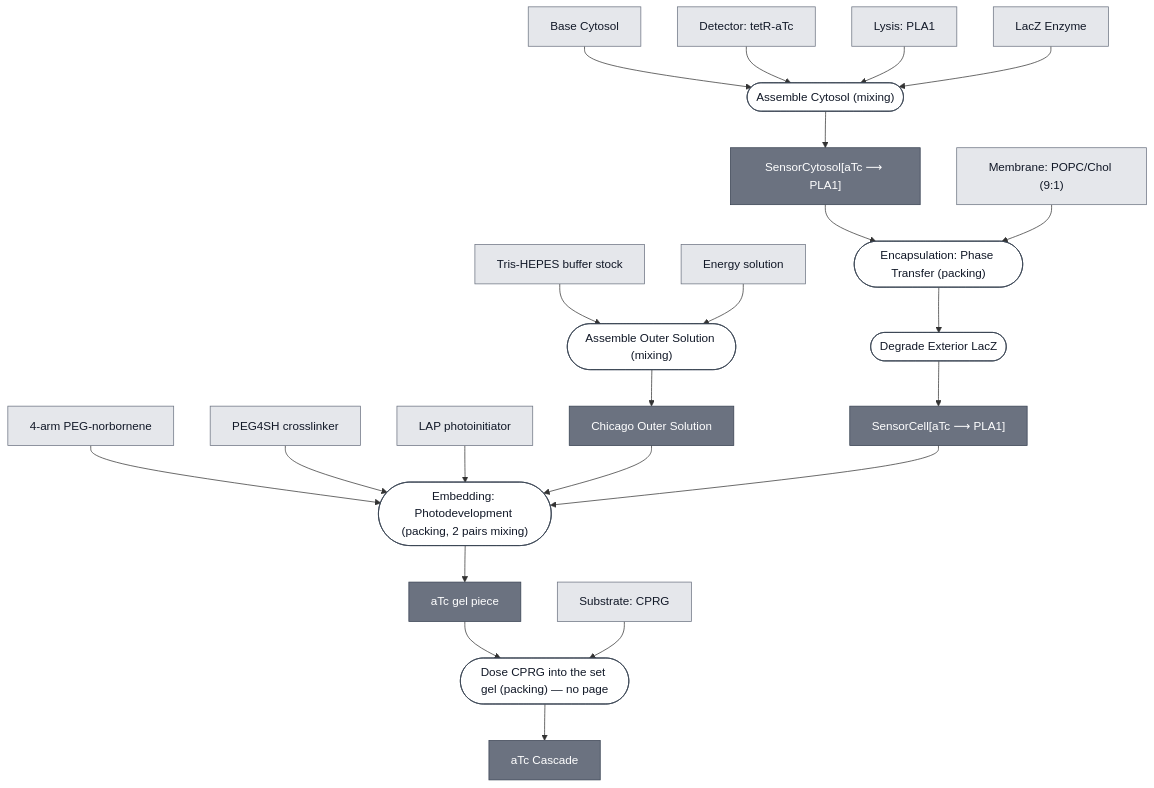
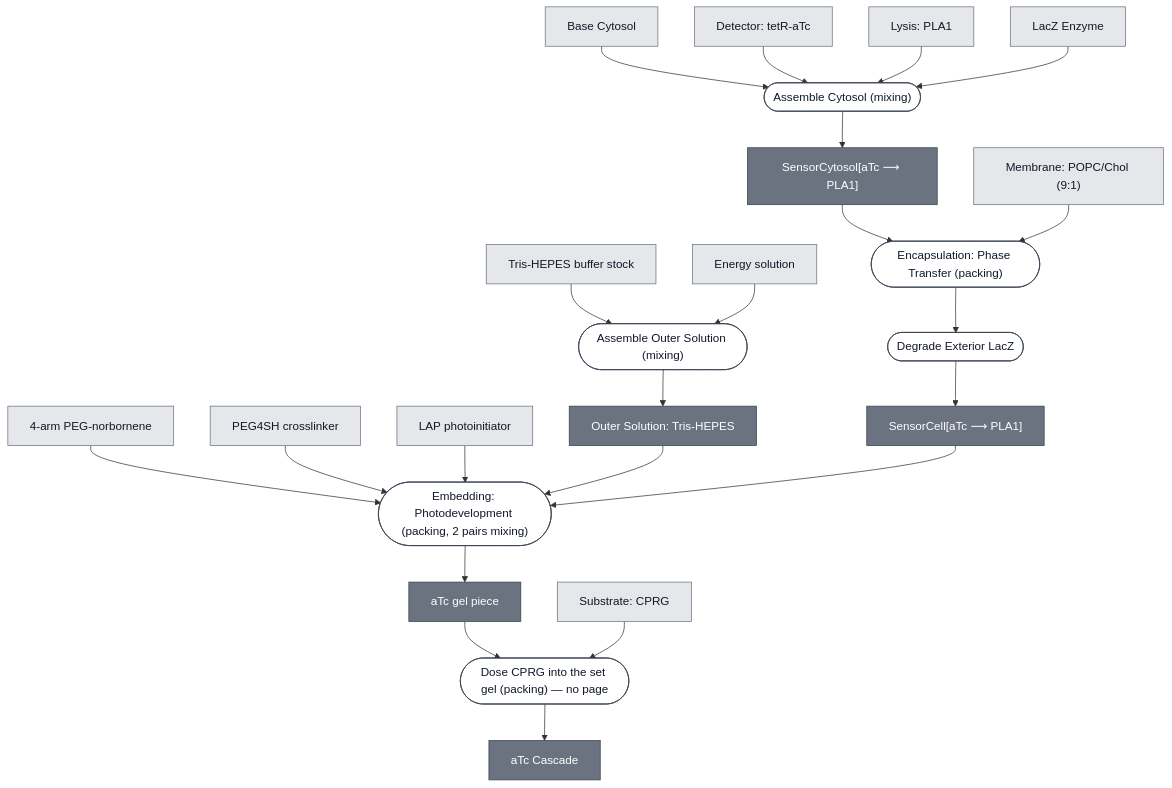
One commit to nucleus-eng/nucleus-docs changed the diagram in docs/modules/atc-cascade/spec.md. Above: the diagram before and after it, drawn with Mermaid. The commit also changed other lines of this file and 78 other files, not shown here.

````diff
--- a/docs/modules/atc-cascade/spec.md
+++ b/docs/modules/atc-cascade/spec.md
@@ -34,77 +34,77 @@
 ```mermaid
 flowchart TD
     BASE_CYTOSOL["Base Cytosol"]
     DETECTOR_TETR_ATC["Detector: tetR-aTc"]
     EFFECTOR_PLA1["Lysis: PLA1"]
     REPORTER_LACZ_ENZYME["LacZ Enzyme"]
     MEMBRANE_CHICAGO["Membrane: POPC/Chol (9:1)"]
     SUBSTRATE_CPRG["Substrate: CPRG"]
     TRIS_HEPES_STOCK["Tris-HEPES buffer stock"]
     ENERGY_SOLUTION["Energy solution"]
     PEG_NORBORNENE_MONOMER["4-arm PEG-norbornene"]
     PEG4SH["PEG4SH crosslinker"]
     LAP["LAP photoinitiator"]
 
     P1_ASSEMBLE_OUTER_SOLUTION_0(["Assemble Outer Solution (mixing)"])
-    OUTER_SOLUTION_CHICAGO["Chicago Outer Solution"]
+    OUTER_SOLUTION_TRIS_HEPES["Outer Solution: Tris-HEPES"]
     P2_ASSEMBLE_CYTOSOL_0(["Assemble Cytosol (mixing)"])
     ATC_SENSOR_CYTOSOL["SensorCytosol[aTc ⟶ PLA1]"]
     P3_ENCAPSULATE_0(["Encapsulation: Phase Transfer (packing)"])
     P3_ENCAPSULATE_1(["Degrade Exterior LacZ"])
     ATC_SENSING_CELL["SensorCell[aTc ⟶ PLA1]"]
     P4_EMBED_PHOTODEVELOPMENT_0(["Embedding: Photodevelopment (packing, 2 pairs mixing)"])
     ATC_GEL["aTc gel piece"]
     P5_DOSE_CPRG_0(["Dose CPRG into the set gel (packing) — no page"])
     ATC_CASCADE["aTc Cascade"]
 
     TRIS_HEPES_STOCK --> P1_ASSEMBLE_OUTER_SOLUTION_0
     ENERGY_SOLUTION --> P1_ASSEMBLE_OUTER_SOLUTION_0
-    P1_ASSEMBLE_OUTER_SOLUTION_0 --> OUTER_SOLUTION_CHICAGO
+    P1_ASSEMBLE_OUTER_SOLUTION_0 --> OUTER_SOLUTION_TRIS_HEPES
 
     BASE_CYTOSOL --> P2_ASSEMBLE_CYTOSOL_0
     DETECTOR_TETR_ATC --> P2_ASSEMBLE_CYTOSOL_0
     EFFECTOR_PLA1 --> P2_ASSEMBLE_CYTOSOL_0
     REPORTER_LACZ_ENZYME --> P2_ASSEMBLE_CYTOSOL_0
     P2_ASSEMBLE_CYTOSOL_0 --> ATC_SENSOR_CYTOSOL
 
     ATC_SENSOR_CYTOSOL --> P3_ENCAPSULATE_0
     MEMBRANE_CHICAGO --> P3_ENCAPSULATE_0
     P3_ENCAPSULATE_0 --> P3_ENCAPSULATE_1
     P3_ENCAPSULATE_1 --> ATC_SENSING_CELL
 
     PEG_NORBORNENE_MONOMER --> P4_EMBED_PHOTODEVELOPMENT_0
     PEG4SH --> P4_EMBED_PHOTODEVELOPMENT_0
     LAP --> P4_EMBED_PHOTODEVELOPMENT_0
-    OUTER_SOLUTION_CHICAGO --> P4_EMBED_PHOTODEVELOPMENT_0
+    OUTER_SOLUTION_TRIS_HEPES --> P4_EMBED_PHOTODEVELOPMENT_0
     ATC_SENSING_CELL --> P4_EMBED_PHOTODEVELOPMENT_0
     P4_EMBED_PHOTODEVELOPMENT_0 --> ATC_GEL
 
     ATC_GEL --> P5_DOSE_CPRG_0
     SUBSTRATE_CPRG --> P5_DOSE_CPRG_0
     P5_DOSE_CPRG_0 --> ATC_CASCADE
 
 
     classDef leaf     fill:#e5e7eb,stroke:#6b7280,color:#111827;
     classDef composed fill:#6b7280,stroke:#374151,color:#ffffff;
     classDef process  fill:#ffffff,stroke:#374151,color:#111827;
     class BASE_CYTOSOL,DETECTOR_TETR_ATC,EFFECTOR_PLA1,REPORTER_LACZ_ENZYME,MEMBRANE_CHICAGO,SUBSTRATE_CPRG,TRIS_HEPES_STOCK,ENERGY_SOLUTION,PEG_NORBORNENE_MONOMER,PEG4SH,LAP leaf;
-    class OUTER_SOLUTION_CHICAGO,ATC_SENSOR_CYTOSOL,ATC_SENSING_CELL,ATC_GEL,ATC_CASCADE composed;
+    class OUTER_SOLUTION_TRIS_HEPES,ATC_SENSOR_CYTOSOL,ATC_SENSING_CELL,ATC_GEL,ATC_CASCADE composed;
     class P1_ASSEMBLE_OUTER_SOLUTION_0,P2_ASSEMBLE_CYTOSOL_0,P3_ENCAPSULATE_0,P3_ENCAPSULATE_1,P4_EMBED_PHOTODEVELOPMENT_0,P5_DOSE_CPRG_0 process;
 
     click BASE_CYTOSOL "/docs/modules/base-cytosol/spec"
     click DETECTOR_TETR_ATC "/docs/modules/detector-tetr-atc/spec"
     click EFFECTOR_PLA1 "/docs/modules/effector-pla1/spec"
     click REPORTER_LACZ_ENZYME "/docs/modules/reporter-lacz-enzyme/spec"
-    click MEMBRANE_CHICAGO "/docs/modules/membrane-popc-chol-chicago/spec"
+    click MEMBRANE_CHICAGO "/docs/modules/membrane-popc-chol-9-1/spec"
     click SUBSTRATE_CPRG "/docs/modules/substrate-cprg/spec"
     click PEG_NORBORNENE_MONOMER "/docs/modules/gel-peg-norbornene/spec"
     click P1_ASSEMBLE_OUTER_SOLUTION_0 "/docs/processes/assemble-outer-solution/main"
-    click OUTER_SOLUTION_CHICAGO "/docs/modules/outer-solution-chicago/spec"
+    click OUTER_SOLUTION_TRIS_HEPES "/docs/modules/outer-solution-tris-hepes/spec"
     click P2_ASSEMBLE_CYTOSOL_0 "/docs/processes/assemble-cytosol/assemble-cytosol-main"
     click ATC_SENSOR_CYTOSOL "/docs/modules/atc-sensor-cytosol/spec"
     click P3_ENCAPSULATE_0 "/docs/processes/assemble-base-cell/main"
     click P3_ENCAPSULATE_1 "/docs/processes/degrade-exterior-lacz/main"
     click ATC_SENSING_CELL "/docs/modules/atc-sensing-cell/spec"
     click P4_EMBED_PHOTODEVELOPMENT_0 "/docs/processes/embed-photodevelopment/main"
     click ATC_CASCADE "/docs/modules/atc-cascade/spec"
 ```
````
